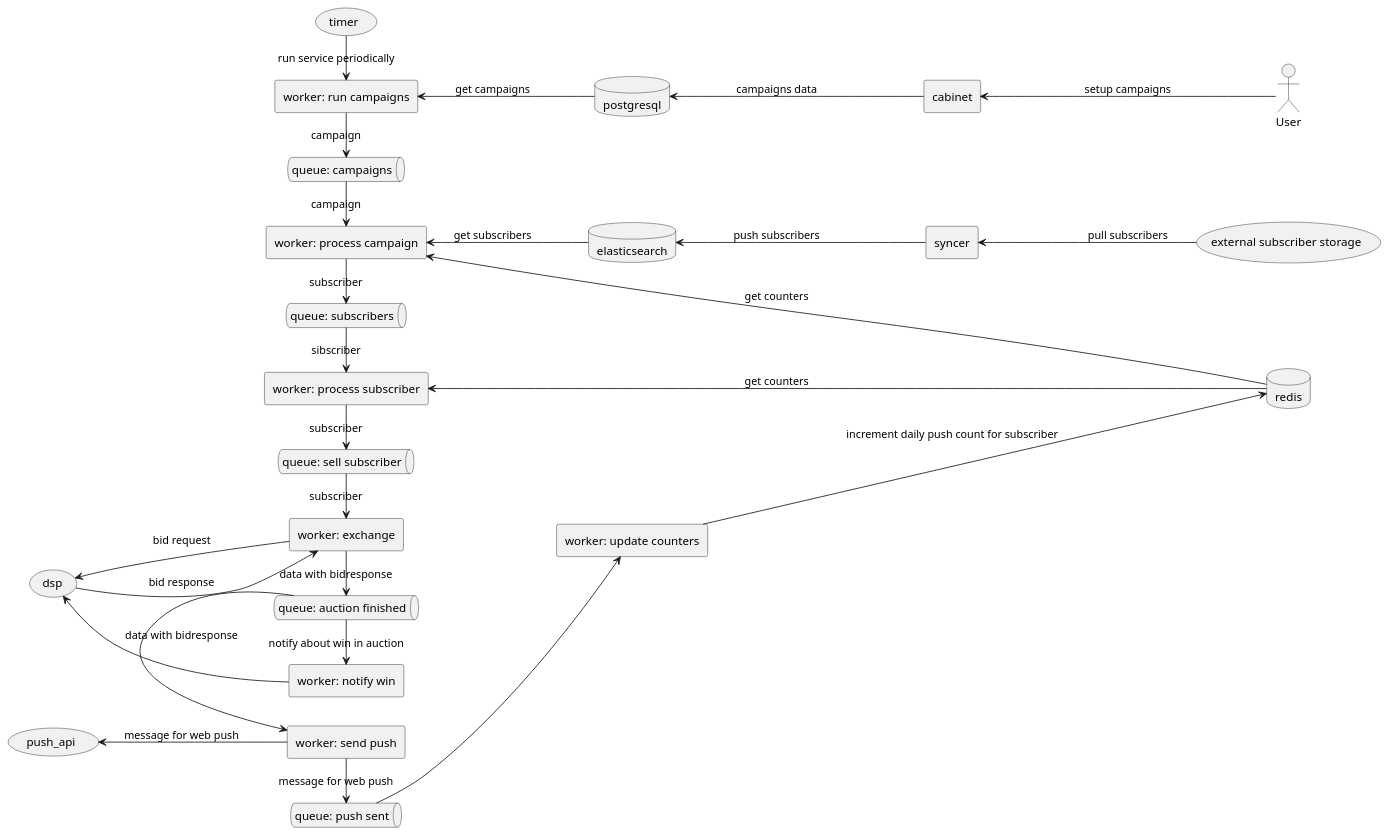
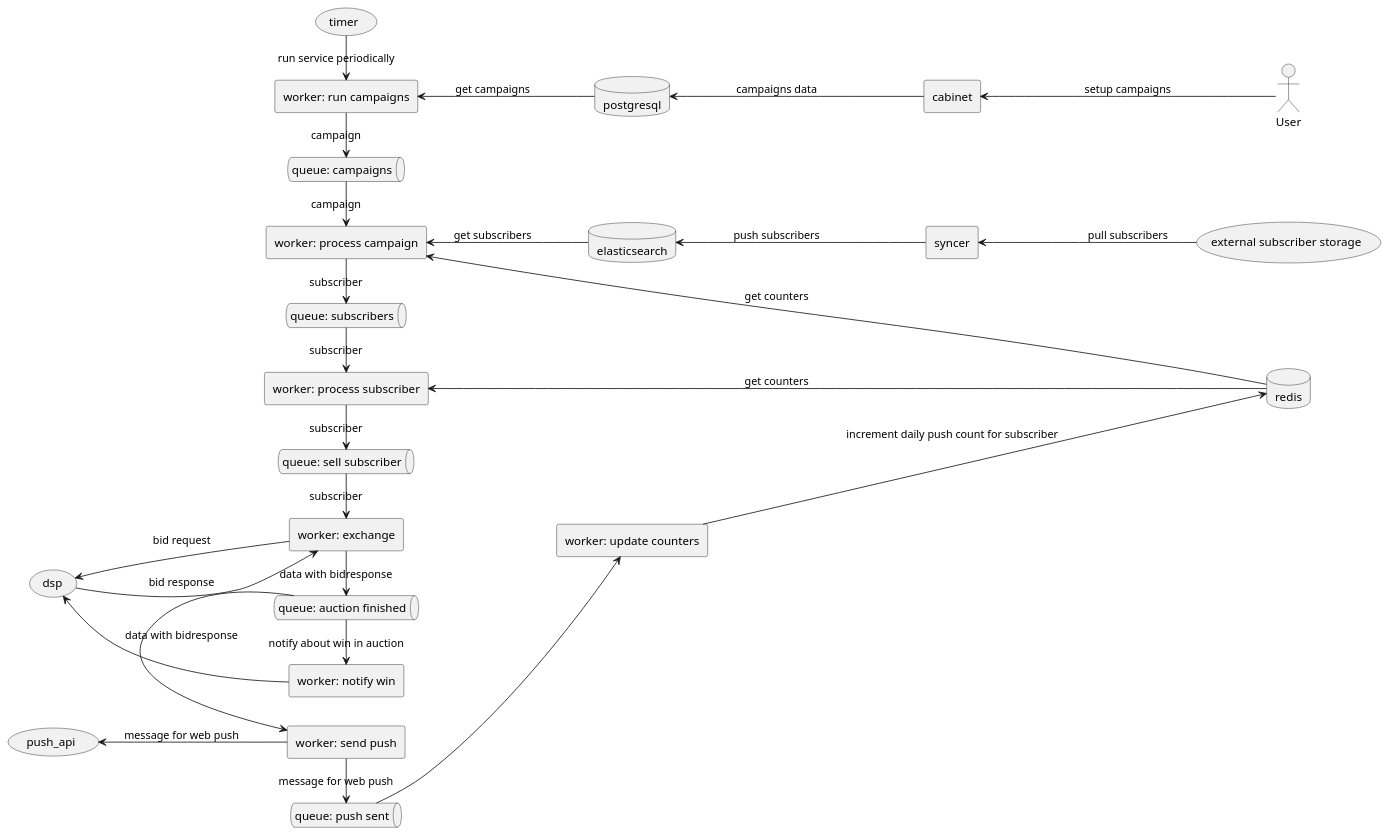
Before and after one commit to bloogrox/ssp-campaigns: the diagram in diagram.plantuml, drawn with PlantUML.

```diff
--- a/diagram.plantuml
+++ b/diagram.plantuml
@@ -1,54 +1,54 @@
 @startuml
 
 left to right direction
 
 queue "queue: campaigns" as campaigns
 queue "queue: subscribers" as subscribers
 queue "queue: sell subscriber" as sell_sub
 queue "queue: auction finished" as auc_fin
 queue "queue: push sent" as push_sent
 rectangle "worker: process campaign" as camp_proc
 rectangle "worker: run campaigns" as camp_run
 rectangle "worker: process subscriber" as sub_proc
 rectangle syncer
 database postgresql as pg
 database elasticsearch as es
 database redis
 rectangle "worker: exchange" as x
 usecase dsp
 rectangle "worker: send push" as send_push
 rectangle "worker: update counters" as counter
 rectangle "worker: notify win" as win
 usecase push_api
 usecase timer
 usecase "external subscriber storage" as ext_sub_stor
 actor User
 rectangle cabinet
 
+timer -> camp_run: run service periodically
 User -up-> cabinet: setup campaigns
 cabinet -up-> pg: campaigns data
 ext_sub_stor -up-> syncer: pull subscribers
 syncer -up-> es: push subscribers
-timer -> camp_run: run service periodically
 pg -up-> camp_run: get campaigns
 camp_run -> campaigns: campaign
 campaigns -> camp_proc: campaign
 es -up-> camp_proc: get subscribers
 redis -up-> camp_proc: get counters
 camp_proc -> subscribers: subscriber
-subscribers -> sub_proc: sibscriber
+subscribers -> sub_proc: subscriber
 redis -up-> sub_proc: get counters
 sub_proc -> sell_sub: subscriber
 sell_sub -> x: subscriber
 x -up-> dsp: bid request
 dsp -down-> x: bid response
 x -> auc_fin: data with bidresponse
 auc_fin -> send_push: data with bidresponse
 auc_fin -> win: notify about win in auction
 counter ---> redis: increment daily push count for subscriber
 win -up-> dsp
 send_push -up-> push_api: message for web push
 send_push -> push_sent: message for web push
 push_sent -down-> counter
 
 @enduml
```
